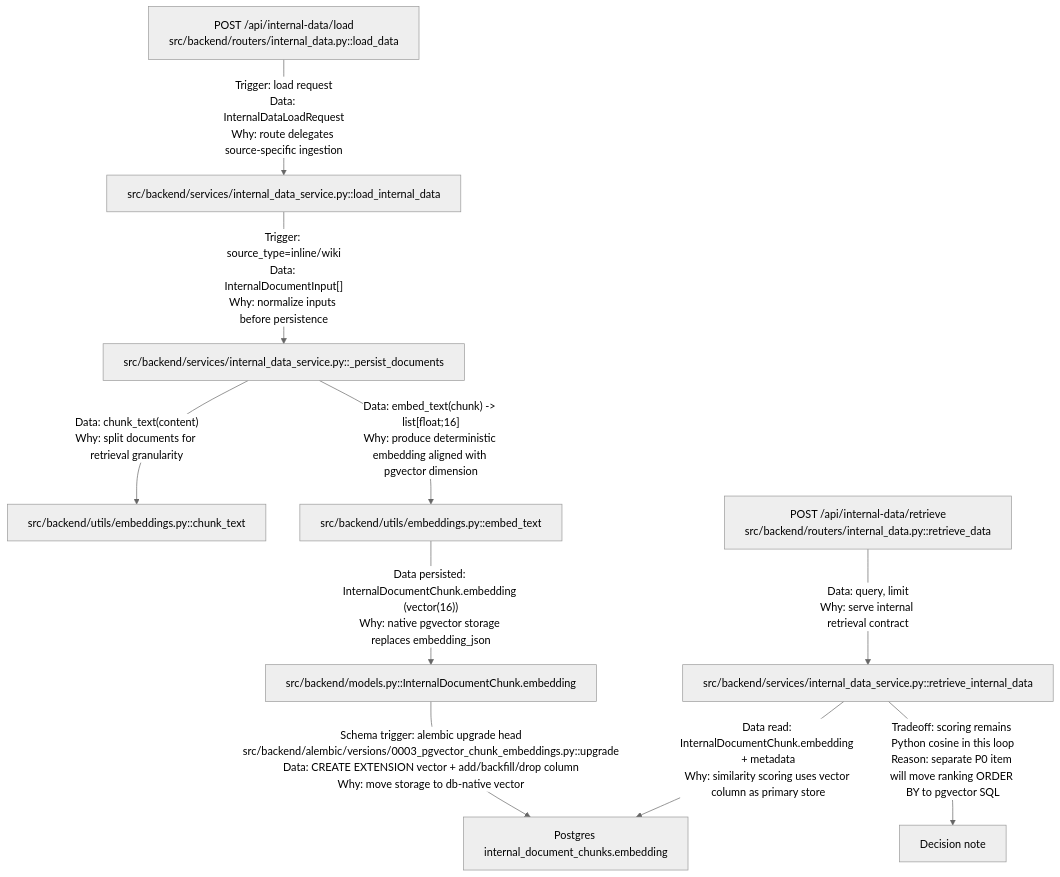
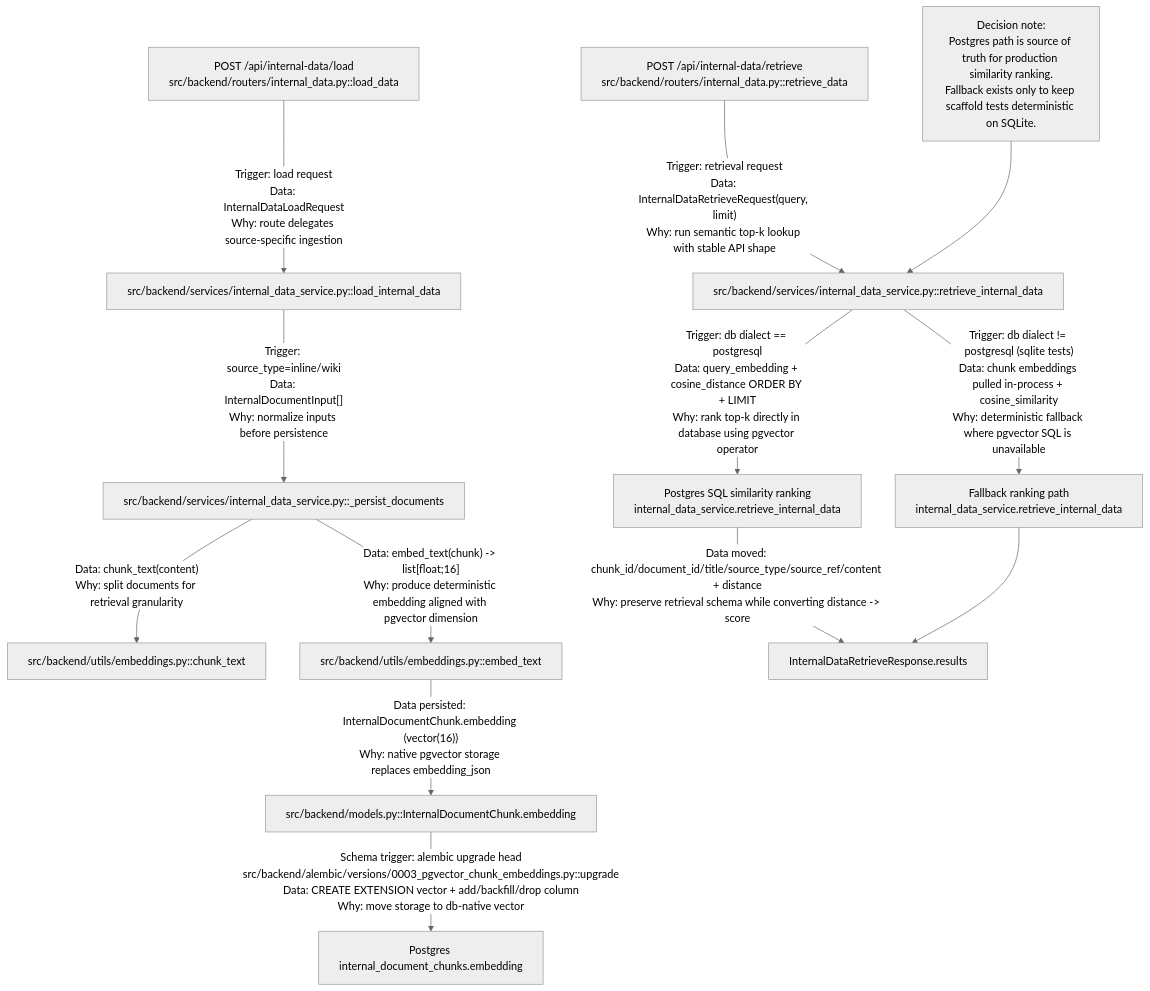
The diagram in docs/internal-data-pgvector-storage-flow.mermaid (Nickbohm555/agent-search), drawn with Mermaid (neutral theme) before and after one commit. The commit also changed 4 other files, not shown here.

```diff
--- a/docs/internal-data-pgvector-storage-flow.mermaid
+++ b/docs/internal-data-pgvector-storage-flow.mermaid
@@ -1,10 +1,13 @@
 flowchart TD
     A["POST /api/internal-data/load\nsrc/backend/routers/internal_data.py::load_data"] -->|"Trigger: load request\nData: InternalDataLoadRequest\nWhy: route delegates source-specific ingestion"| B["src/backend/services/internal_data_service.py::load_internal_data"]
     B -->|"Trigger: source_type=inline/wiki\nData: InternalDocumentInput[]\nWhy: normalize inputs before persistence"| C["src/backend/services/internal_data_service.py::_persist_documents"]
     C -->|"Data: chunk_text(content)\nWhy: split documents for retrieval granularity"| D["src/backend/utils/embeddings.py::chunk_text"]
     C -->|"Data: embed_text(chunk) -> list[float;16]\nWhy: produce deterministic embedding aligned with pgvector dimension"| E["src/backend/utils/embeddings.py::embed_text"]
     E -->|"Data persisted: InternalDocumentChunk.embedding (vector(16))\nWhy: native pgvector storage replaces embedding_json"| F["src/backend/models.py::InternalDocumentChunk.embedding"]
     F -->|"Schema trigger: alembic upgrade head\nsrc/backend/alembic/versions/0003_pgvector_chunk_embeddings.py::upgrade\nData: CREATE EXTENSION vector + add/backfill/drop column\nWhy: move storage to db-native vector"| G["Postgres internal_document_chunks.embedding"]
-    H["POST /api/internal-data/retrieve\nsrc/backend/routers/internal_data.py::retrieve_data"] -->|"Data: query, limit\nWhy: serve internal retrieval contract"| I["src/backend/services/internal_data_service.py::retrieve_internal_data"]
-    I -->|"Data read: InternalDocumentChunk.embedding + metadata\nWhy: similarity scoring uses vector column as primary store"| G
-    I -->|"Tradeoff: scoring remains Python cosine in this loop\nReason: separate P0 item will move ranking ORDER BY to pgvector SQL"| J["Decision note"]
+    H["POST /api/internal-data/retrieve\nsrc/backend/routers/internal_data.py::retrieve_data"] -->|"Trigger: retrieval request\nData: InternalDataRetrieveRequest(query, limit)\nWhy: run semantic top-k lookup with stable API shape"| I["src/backend/services/internal_data_service.py::retrieve_internal_data"]
+    I -->|"Trigger: db dialect == postgresql\nData: query_embedding + cosine_distance ORDER BY + LIMIT\nWhy: rank top-k directly in database using pgvector operator"| K["Postgres SQL similarity ranking\ninternal_data_service.retrieve_internal_data"]
+    K -->|"Data moved: chunk_id/document_id/title/source_type/source_ref/content + distance\nWhy: preserve retrieval schema while converting distance -> score"| L["InternalDataRetrieveResponse.results"]
+    I -->|"Trigger: db dialect != postgresql (sqlite tests)\nData: chunk embeddings pulled in-process + cosine_similarity\nWhy: deterministic fallback where pgvector SQL is unavailable"| M["Fallback ranking path\ninternal_data_service.retrieve_internal_data"]
+    M --> L
+    N["Decision note:\nPostgres path is source of truth for production similarity ranking.\nFallback exists only to keep scaffold tests deterministic on SQLite."] --> I
```
